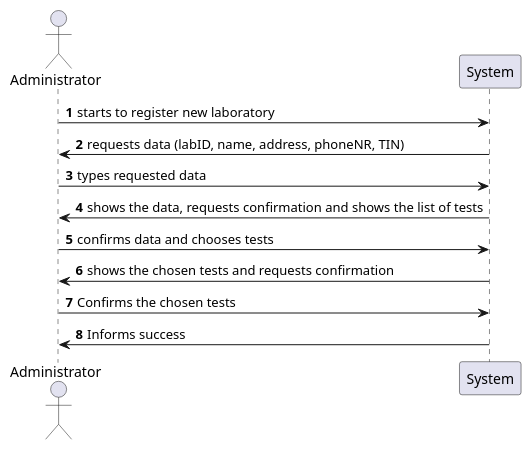
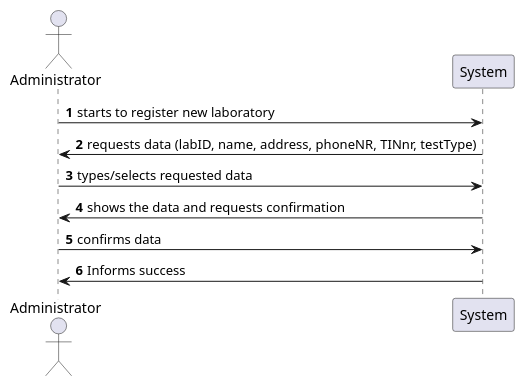
The diagram in docs/SprintB/US8/US8_SSD.puml (jsmarques98/LAPR2-ISEP), drawn with PlantUML before and after one commit. The commit also changed 1 other file, not shown here.

```diff
--- a/docs/SprintB/US8/US8_SSD.puml
+++ b/docs/SprintB/US8/US8_SSD.puml
@@ -1,19 +1,14 @@
 @startuml
-'https://plantuml.com/sequence-diagram
-
 autonumber
 
 actor  "Administrator" as Admin
 
 Admin -> System: starts to register new laboratory
-System -> Admin: requests data (labID, name, address, phoneNR, TIN)
+System -> Admin: requests data (labID, name, address, phoneNR, TINnr, testType)
 
-Admin -> System: types requested data
-System -> Admin: shows the data, requests confirmation and shows the list of tests
+Admin -> System: types/selects requested data
+System  -> Admin: shows the data and requests confirmation
 
-Admin -> System: confirms data and chooses tests
-System -> Admin: shows the chosen tests and requests confirmation
-
-Admin -> System: Confirms the chosen tests
+Admin -> System: confirms data
 System -> Admin: Informs success
 @enduml
```
